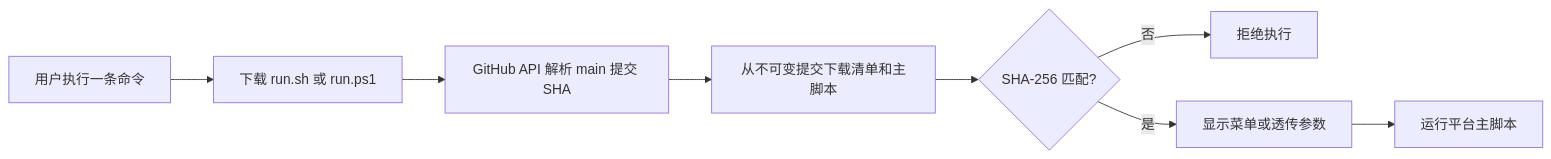
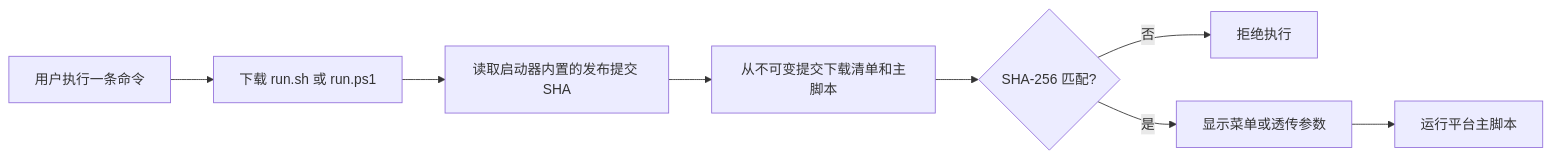
The first of 3 diagrams in docs/diagrams.md (marble810/bring-back-gemini), drawn with Mermaid before and after one commit. The commit also changed 7 other files, not shown here.

Commit message:
feat: add immutable verified one-command bootstrap flow

````diff
--- a/docs/diagrams.md
+++ b/docs/diagrams.md
@@ -7,10 +7,10 @@
 ```mermaid
 flowchart LR
     U[用户执行一条命令] --> R[下载 run.sh 或 run.ps1]
-    R --> A[GitHub API 解析 main 提交 SHA]
+    R --> A[读取启动器内置的发布提交 SHA]
     A --> D[从不可变提交下载清单和主脚本]
     D --> H{SHA-256 匹配?}
     H -->|否| X[拒绝执行]
     H -->|是| M[显示菜单或透传参数]
     M --> P[运行平台主脚本]
 ```
````
